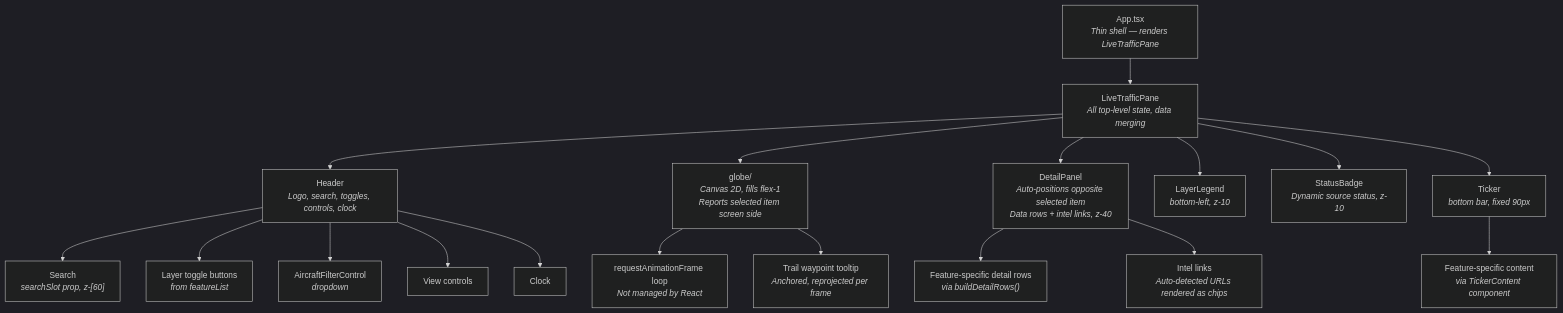
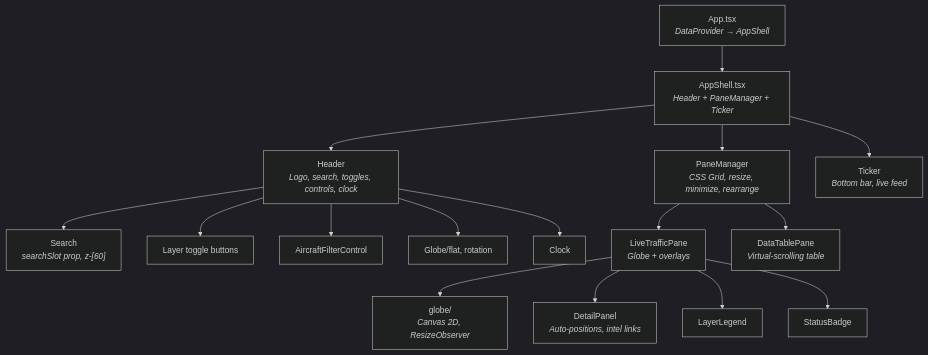
The second of 2 diagrams in docs/architecture.md (iiTONELOC/sigint), drawn with Mermaid (dark theme) before and after one commit. The commit also changed other lines of this file and 21 other files, not shown here.

First line of the commit message:
feat: multi-pane layout system with shared data context

````diff
--- a/docs/architecture.md
+++ b/docs/architecture.md
@@ -778,26 +128,23 @@
 ```mermaid
 graph TD
-    App["App.tsx<br/><i>Thin shell — renders LiveTrafficPane</i>"]
-    App --> LTP["LiveTrafficPane<br/><i>All top-level state, data merging</i>"]
+    App["App.tsx<br/><i>DataProvider → AppShell</i>"]
+    App --> AppShell["AppShell.tsx<br/><i>Header + PaneManager + Ticker</i>"]
 
-    LTP --> Header["Header<br/><i>Logo, search, toggles, controls, clock</i>"]
+    AppShell --> Header["Header<br/><i>Logo, search, toggles, controls, clock</i>"]
     Header --> SearchComp["Search<br/><i>searchSlot prop, z-[60]</i>"]
-    Header --> LayerToggles["Layer toggle buttons<br/><i>from featureList</i>"]
-    Header --> AircraftFC["AircraftFilterControl<br/><i>dropdown</i>"]
-    Header --> ViewControls["View controls"]
+    Header --> LayerToggles["Layer toggle buttons"]
+    Header --> AircraftFC["AircraftFilterControl"]
+    Header --> ViewControls["Globe/flat, rotation"]
     Header --> Clock["Clock"]
 
-    LTP --> GlobeViz["globe/<br/><i>Canvas 2D, fills flex-1<br/>Reports selected item screen side</i>"]
-    GlobeViz --> CanvasLoop["requestAnimationFrame loop<br/><i>Not managed by React</i>"]
-    GlobeViz --> Tooltip["Trail waypoint tooltip<br/><i>Anchored, reprojected per frame</i>"]
+    AppShell --> PM["PaneManager<br/><i>CSS Grid, resize, minimize, rearrange</i>"]
+    PM --> LTP["LiveTrafficPane<br/><i>Globe + overlays</i>"]
+    PM --> DTP["DataTablePane<br/><i>Virtual-scrolling table</i>"]
 
-    LTP --> DetailPanel["DetailPanel<br/><i>Auto-positions opposite selected item<br/>Data rows + intel links, z-40</i>"]
-    DetailPanel --> DetailRows["Feature-specific detail rows<br/><i>via buildDetailRows()</i>"]
-    DetailPanel --> IntelLinks["Intel links<br/><i>Auto-detected URLs rendered as chips</i>"]
+    LTP --> GlobeViz["globe/<br/><i>Canvas 2D, ResizeObserver</i>"]
+    LTP --> DetailPanel["DetailPanel<br/><i>Auto-positions, intel links</i>"]
+    LTP --> LayerLegend["LayerLegend"]
+    LTP --> StatusBadge["StatusBadge"]
 
-    LTP --> LayerLegend["LayerLegend<br/><i>bottom-left, z-10</i>"]
-    LTP --> StatusBadge["StatusBadge<br/><i>Dynamic source status, z-10</i>"]
-
-    LTP --> Ticker["Ticker<br/><i>bottom bar, fixed 90px</i>"]
-    Ticker --> TickerContent["Feature-specific content<br/><i>via TickerContent component</i>"]
+    AppShell --> Ticker["Ticker<br/><i>Bottom bar, live feed</i>"]
 ```
````
